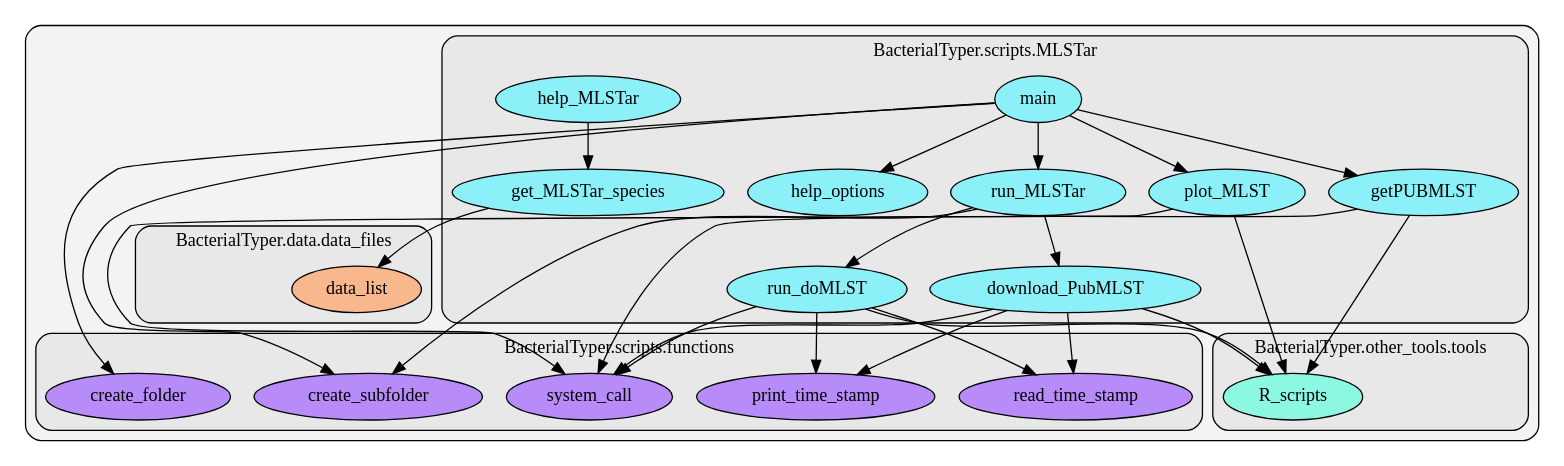
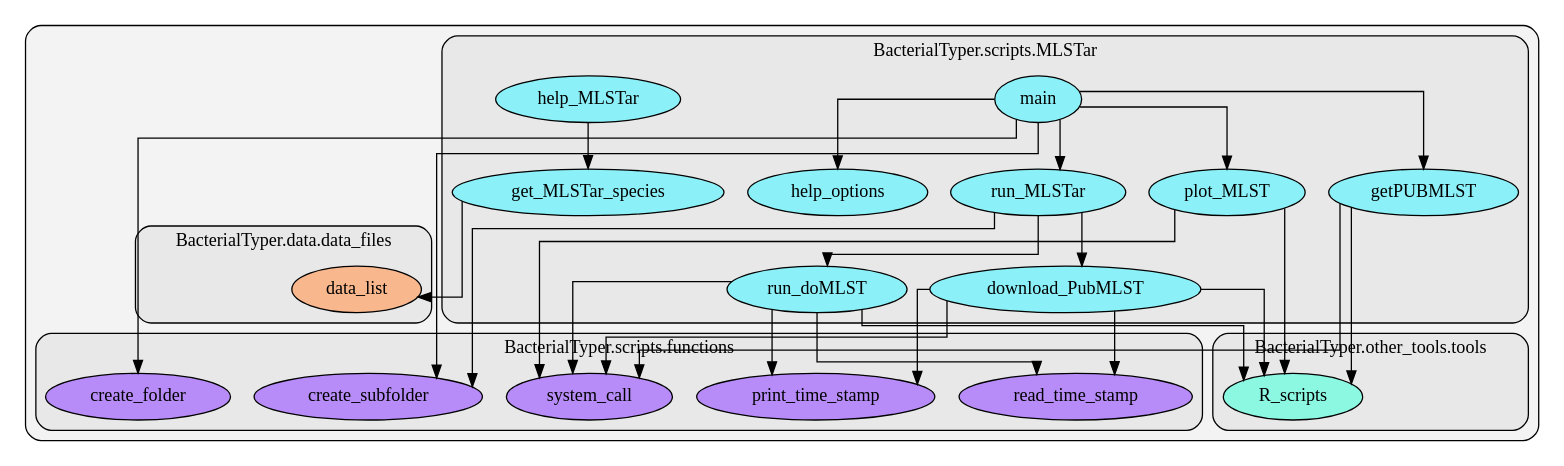
Before and after one commit to HCGB-IGTP/BacterialTyper: the diagram in docs/source/images/python_graph/scripts/MLSTar.dot, drawn with Graphviz. The commit also changed 42 other files, not shown here.

```diff
--- a/docs/source/images/python_graph/scripts/MLSTar.dot
+++ b/docs/source/images/python_graph/scripts/MLSTar.dot
@@ -1,5 +1,5 @@
 digraph G {
-    graph [spilines=ortho, rankdir=TB, clusterrank="local"];
+    graph [splines=ortho, rankdir=TB, clusterrank="local"];
     subgraph cluster_G {
 
         graph [style="filled,rounded",fillcolor="#80808018", label=""];
@@ -229,26 +229,26 @@
         }
     }
         BacterialTyper__scripts__MLSTar__help_MLSTar -> BacterialTyper__scripts__MLSTar__get_MLSTar_species [style="solid", color="#000000"];
+        BacterialTyper__scripts__MLSTar__run_MLSTar -> BacterialTyper__scripts__functions__create_subfolder [style="solid", color="#000000"];
         BacterialTyper__scripts__MLSTar__run_MLSTar -> BacterialTyper__scripts__MLSTar__run_doMLST [style="solid", color="#000000"];
-        BacterialTyper__scripts__MLSTar__run_MLSTar -> BacterialTyper__scripts__functions__create_subfolder [style="solid", color="#000000"];
         BacterialTyper__scripts__MLSTar__run_MLSTar -> BacterialTyper__scripts__MLSTar__download_PubMLST [style="solid", color="#000000"];
-        BacterialTyper__scripts__MLSTar__run_doMLST -> BacterialTyper__other_tools__tools__R_scripts [style="solid", color="#000000"];
         BacterialTyper__scripts__MLSTar__run_doMLST -> BacterialTyper__scripts__functions__read_time_stamp [style="solid", color="#000000"];
         BacterialTyper__scripts__MLSTar__run_doMLST -> BacterialTyper__scripts__functions__system_call [style="solid", color="#000000"];
         BacterialTyper__scripts__MLSTar__run_doMLST -> BacterialTyper__scripts__functions__print_time_stamp [style="solid", color="#000000"];
+        BacterialTyper__scripts__MLSTar__run_doMLST -> BacterialTyper__other_tools__tools__R_scripts [style="solid", color="#000000"];
         BacterialTyper__scripts__MLSTar__get_MLSTar_species -> BacterialTyper__data__data_files__data_list [style="solid", color="#000000"];
         BacterialTyper__scripts__MLSTar__getPUBMLST -> BacterialTyper__other_tools__tools__R_scripts [style="solid", color="#000000"];
         BacterialTyper__scripts__MLSTar__getPUBMLST -> BacterialTyper__scripts__functions__system_call [style="solid", color="#000000"];
         BacterialTyper__scripts__MLSTar__plot_MLST -> BacterialTyper__other_tools__tools__R_scripts [style="solid", color="#000000"];
         BacterialTyper__scripts__MLSTar__plot_MLST -> BacterialTyper__scripts__functions__system_call [style="solid", color="#000000"];
-        BacterialTyper__scripts__MLSTar__download_PubMLST -> BacterialTyper__other_tools__tools__R_scripts [style="solid", color="#000000"];
         BacterialTyper__scripts__MLSTar__download_PubMLST -> BacterialTyper__scripts__functions__read_time_stamp [style="solid", color="#000000"];
         BacterialTyper__scripts__MLSTar__download_PubMLST -> BacterialTyper__scripts__functions__system_call [style="solid", color="#000000"];
         BacterialTyper__scripts__MLSTar__download_PubMLST -> BacterialTyper__scripts__functions__print_time_stamp [style="solid", color="#000000"];
+        BacterialTyper__scripts__MLSTar__download_PubMLST -> BacterialTyper__other_tools__tools__R_scripts [style="solid", color="#000000"];
         BacterialTyper__scripts__MLSTar__main -> BacterialTyper__scripts__MLSTar__help_options [style="solid", color="#000000"];
-        BacterialTyper__scripts__MLSTar__main -> BacterialTyper__scripts__MLSTar__getPUBMLST [style="solid", color="#000000"];
         BacterialTyper__scripts__MLSTar__main -> BacterialTyper__scripts__MLSTar__run_MLSTar [style="solid", color="#000000"];
         BacterialTyper__scripts__MLSTar__main -> BacterialTyper__scripts__functions__create_subfolder [style="solid", color="#000000"];
         BacterialTyper__scripts__MLSTar__main -> BacterialTyper__scripts__functions__create_folder [style="solid", color="#000000"];
         BacterialTyper__scripts__MLSTar__main -> BacterialTyper__scripts__MLSTar__plot_MLST [style="solid", color="#000000"];
+        BacterialTyper__scripts__MLSTar__main -> BacterialTyper__scripts__MLSTar__getPUBMLST [style="solid", color="#000000"];
     }
```
